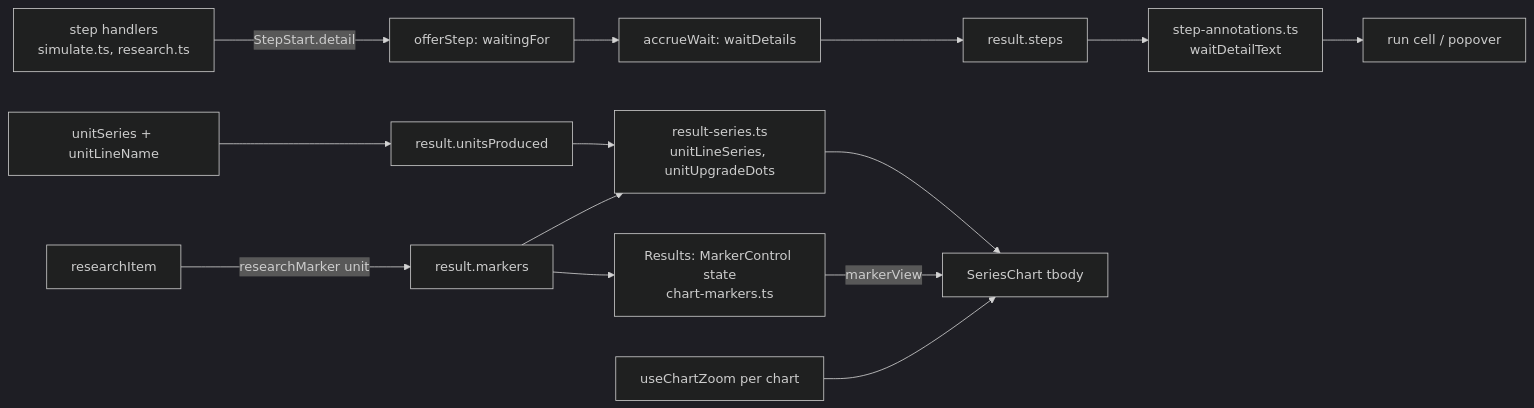
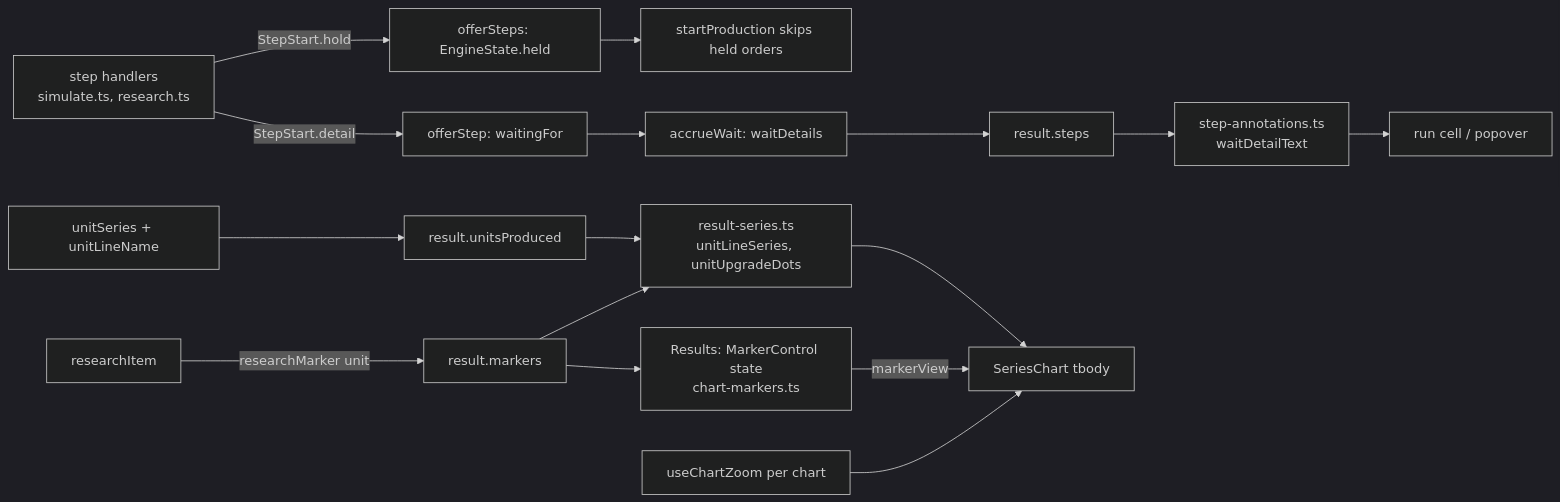
Before and after one commit to NicholasKChoi/WOTR_Combat_Simulator: the diagram in projects/strategy-game-sim/design/M11.md, drawn with Mermaid (dark theme). The commit also changed other lines of this file and 6 other files, not shown here.

````diff
--- a/projects/strategy-game-sim/design/M11.md
+++ b/projects/strategy-game-sim/design/M11.md
@@ -280,14 +321,15 @@
 ```mermaid
 flowchart LR
   H[step handlers<br/>simulate.ts, research.ts] -- StepStart.detail --> O[offerStep: waitingFor]
+  H -- StepStart.hold --> HO[offerSteps: EngineState.held] --> SP[startProduction skips held orders]
   O --> A[accrueWait: waitDetails]
   R[researchItem] -- researchMarker unit --> M[result.markers]
   U[unitSeries + unitLineName] --> P[result.unitsProduced]
   A --> T[result.steps]
   T --> SA[step-annotations.ts<br/>waitDetailText] --> UI1[run cell / popover]
   P --> RS[result-series.ts<br/>unitLineSeries, unitUpgradeDots]
   M --> RS
   RS --> SC[SeriesChart tbody]
   M --> MC[Results: MarkerControl state<br/>chart-markers.ts] -- markerView --> SC
   Z[useChartZoom per chart] --> SC
 ```
````
